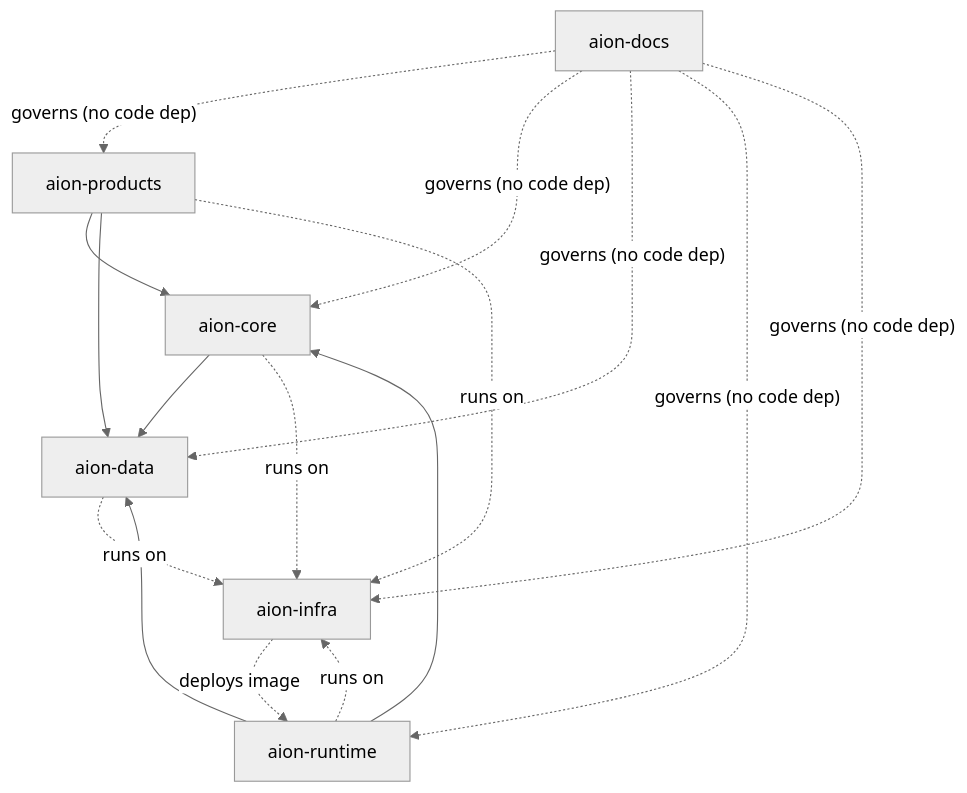
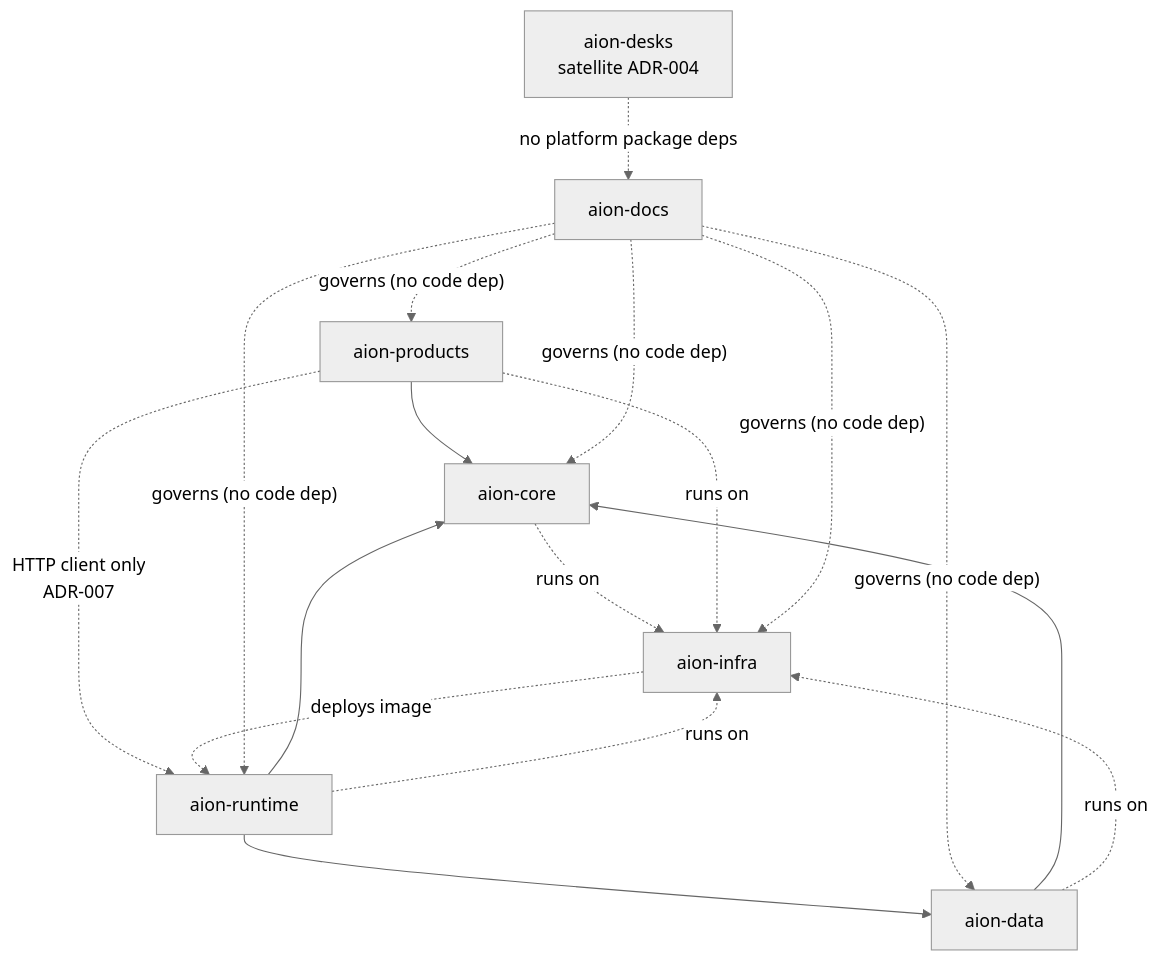
The diagram in repositories/dependency-rules.md (Ceoloo/aion-docs), drawn with Mermaid (neutral theme) before and after one commit. The commit also changed other lines of this file and 10 other files, not shown here.

````diff
--- a/repositories/dependency-rules.md
+++ b/repositories/dependency-rules.md
@@ -10,14 +15,15 @@
 ```mermaid
 flowchart TD
     PROD["aion-products"] --> CORE["aion-core"]
-    PROD --> DATA["aion-data"]
     RUNTIME["aion-runtime"] --> CORE
-    RUNTIME --> DATA
-    CORE --> DATA
+    RUNTIME --> DATA["aion-data"]
+    DATA --> CORE
+    PROD -. "HTTP client only<br/>ADR-007" .-> RUNTIME
     CORE -. runs on .-> INFRA["aion-infra"]
     DATA -. runs on .-> INFRA
     RUNTIME -. runs on .-> INFRA
     PROD -. runs on .-> INFRA
     INFRA -. deploys image .-> RUNTIME
     DOCS["aion-docs"] -. governs (no code dep) .-> PROD & CORE & DATA & RUNTIME & INFRA
+    DESKS["aion-desks<br/>satellite ADR-004"] -. "no platform package deps" .-> DOCS
 ```
````
